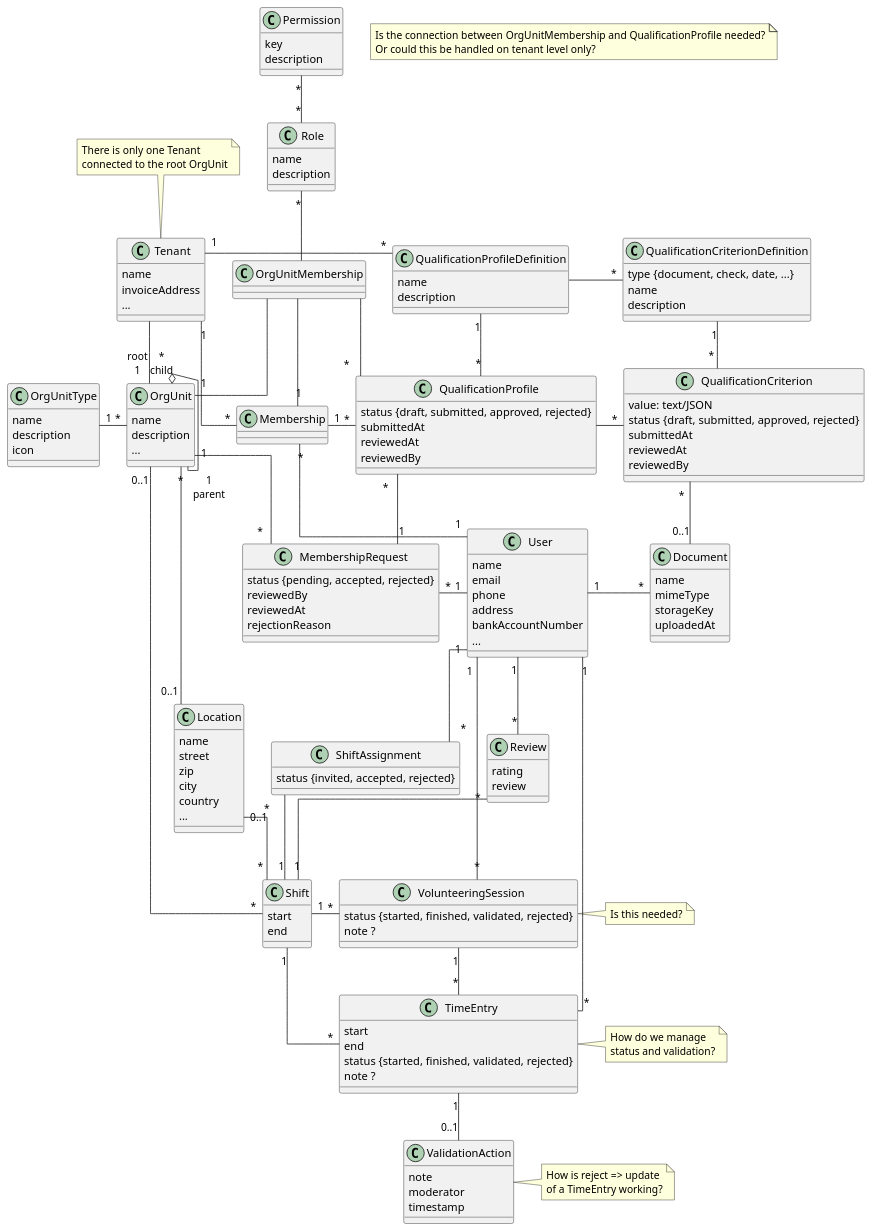
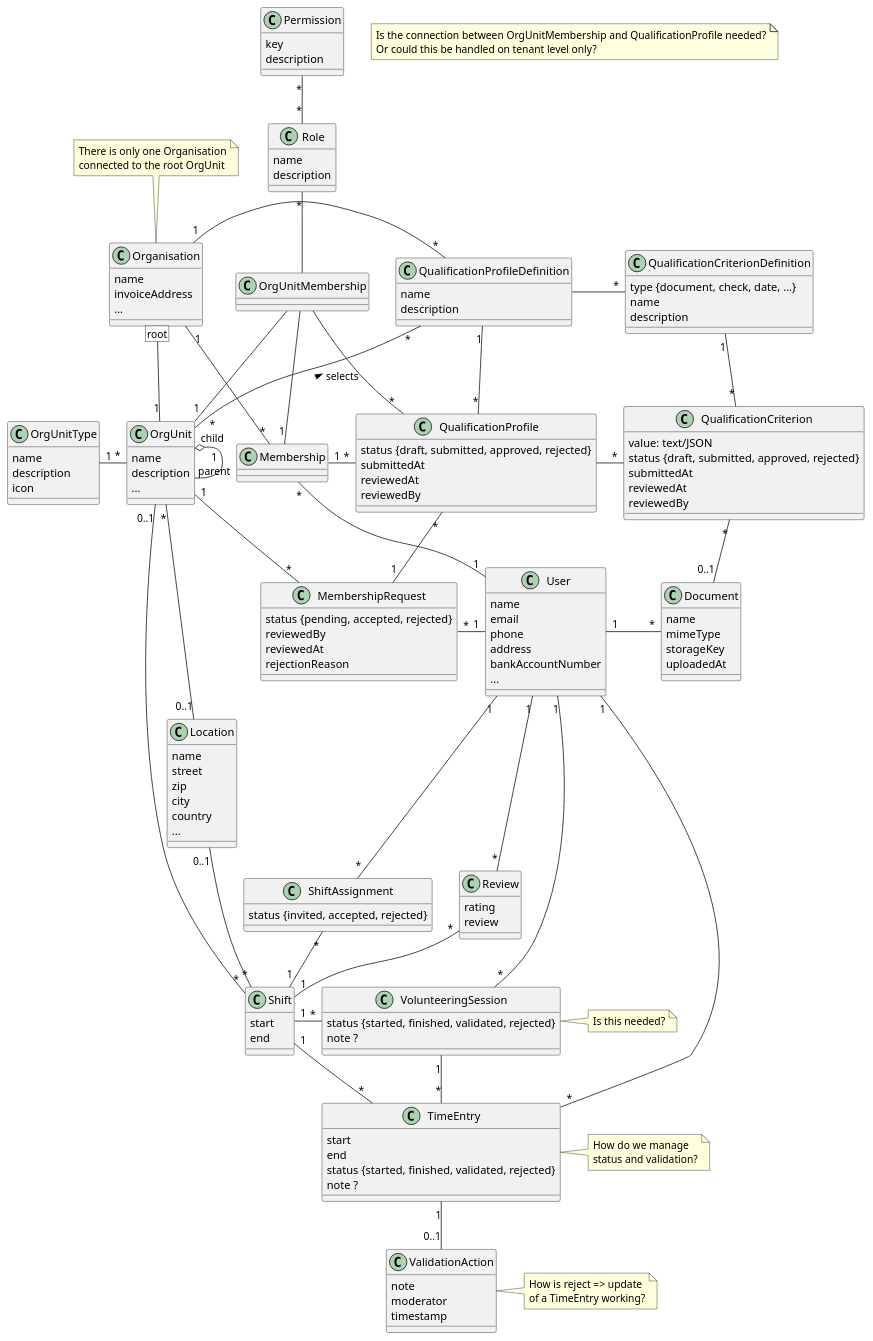
Before and after one commit to holi-social/caluno: the diagram in models/model_with_OrgUnitMembership.plantuml, drawn with PlantUML.

Commit message:
model: rename Tenant to Organisation

```diff
--- a/models/model_with_OrgUnitMembership.plantuml
+++ b/models/model_with_OrgUnitMembership.plantuml
@@ -1,156 +1,156 @@
 @startuml clippy
-skinparam linetype ortho
-class Tenant {
+class Organisation {
     name
     invoiceAddress
     ...
 }
-note top: There is only one Tenant\nconnected to the root OrgUnit
+note top: There is only one Organisation\nconnected to the root OrgUnit
 class OrgUnit {
     name
     description
     ...
 }
 class OrgUnitType {
     name
     description
     icon
 }
 class Location {
     name
     street
     zip
     city
     country
     ...
 }
 class User {
     name
     email
     phone
     address
     bankAccountNumber
     ...
 }
 class Shift {
     start
     end
 }
 class TimeEntry {
     start
     end
     status {started, finished, validated, rejected}
     note ?
 }
 note right: How do we manage\nstatus and validation?
 class Membership {
 }
 class Role {
     name
     description
 }
 class Permission {
     key
     description
 }
 class MembershipRequest {
     status {pending, accepted, rejected}
     reviewedBy
     reviewedAt
     rejectionReason
 }
 class ShiftAssignment {
     status {invited, accepted, rejected}
 }
 class Review {
     rating
     review
 }
 class VolunteeringSession {
     status {started, finished, validated, rejected}
     note ?
 }
 note right: Is this needed?
 class ValidationAction {
     note
     moderator
     timestamp
 }
 note right: How is reject => update\nof a TimeEntry working?
 
 class QualificationProfileDefinition {
     name
     description
 }
 class QualificationCriterionDefinition {
     type {document, check, date, ...}
     name
     description
 }
 class QualificationProfile {
     status {draft, submitted, approved, rejected}
     submittedAt
     reviewedAt
     reviewedBy
 }
 class QualificationCriterion {
     value: text/JSON
     status {draft, submitted, approved, rejected}
     submittedAt
     reviewedAt
     reviewedBy
 }
 class Document {
     name
     mimeType
     storageKey
     uploadedAt
 }
 
-Tenant -- "root\n1" OrgUnit
+Organisation [root] -- "1" OrgUnit
 OrgUnit "*" -left- "1" OrgUnitType
 OrgUnit "*\nchild" o-- "1\nparent" OrgUnit
 OrgUnit "0..1" -- "*" Shift
-Tenant "1" -- "*" Membership
+Organisation "1" -- "*" Membership
 Membership "*" -- "1" User
 
 OrgUnitMembership -- "1" OrgUnit
 OrgUnitMembership -- "1" Membership
 OrgUnitMembership -up- "*" Role
 OrgUnitMembership -- "*" QualificationProfile
 note "Is the connection between OrgUnitMembership and QualificationProfile needed?\nOr could this be handled on tenant level only?" as needed
 
 OrgUnit "1" -down- "*" MembershipRequest
 MembershipRequest "*" -right- "1" User
+OrgUnit -up- "*" QualificationProfileDefinition : selects >
 
 Location "0..1" -up- "*" OrgUnit
 Location "0..1" -right- "*" Shift
 
 Permission "*" -- "*" Role
 
-Tenant "1" -right- "*" QualificationProfileDefinition
+Organisation "1" -right- "*" QualificationProfileDefinition
 QualificationProfileDefinition -right- "*" QualificationCriterionDefinition
 
 User "1" -right- "*" Document
 QualificationCriterion "*" -down- "0..1" Document
 Membership "1" -right- "*" QualificationProfile
 QualificationProfile -right- "*" QualificationCriterion
 MembershipRequest "1" -left- "*" QualificationProfile
 
 QualificationProfile "*" -up- "1" QualificationProfileDefinition
 QualificationCriterion "*" -up- "1" QualificationCriterionDefinition
 
 ShiftAssignment "*" -up- "1" User
 Shift "1" -up- "*" ShiftAssignment
 Review "*" -up- "1" User
 Shift "1" -up- "*" Review
 TimeEntry "*" -up- "1" User
 TimeEntry "*" -- "1" Shift
 VolunteeringSession "*" -up- "1" User
 VolunteeringSession "*" -left- "1" Shift
 VolunteeringSession "1" -- "*" TimeEntry
 TimeEntry "1" -- "0..1" ValidationAction
 
 ' only for layouting purposes
 
 @enduml
```
